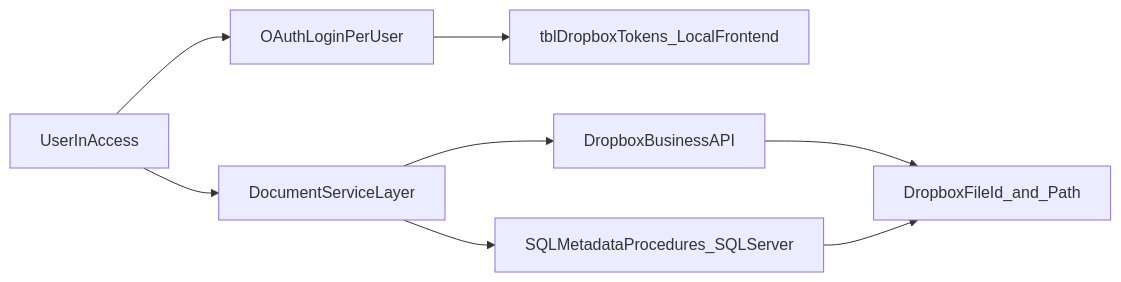
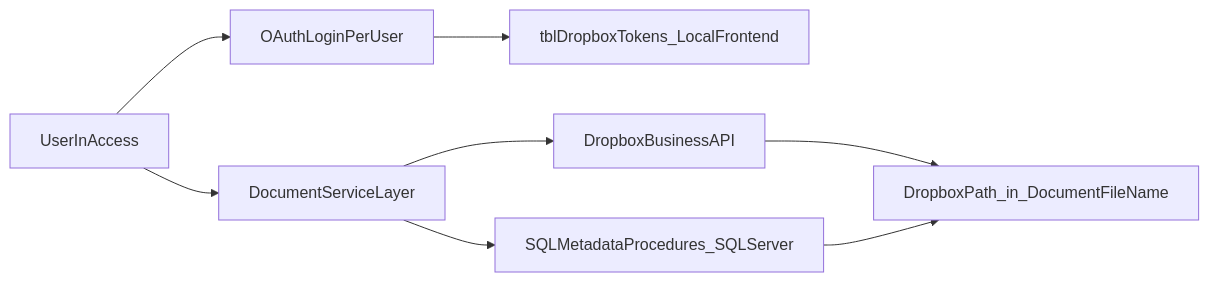
One commit to indrasugianto/TateByWater-DocumentManagement changed the diagram in .docs/dropbox-migration-plan.md. Above: the diagram before and after it, drawn with Mermaid. The commit also changed other lines of this file, not shown here.

First line of the commit message:
docs: full consistency pass on migration plan for direct Dropbox path storage

````diff
--- a/.docs/dropbox-migration-plan.md
+++ b/.docs/dropbox-migration-plan.md
@@ -91,10 +95,10 @@
 ```mermaid
 flowchart LR
   user[UserInAccess] --> auth[OAuthLoginPerUser]
   auth --> localToken[tblDropboxTokens_LocalFrontend]
   user --> docSvc[DocumentServiceLayer]
   docSvc --> dropbox[DropboxBusinessAPI]
   docSvc --> sqlMeta[SQLMetadataProcedures_SQLServer]
-  dropbox --> fileRef[DropboxFileId_and_Path]
+  dropbox --> fileRef[DropboxPath_in_DocumentFileName]
   sqlMeta --> fileRef
 ```
````
